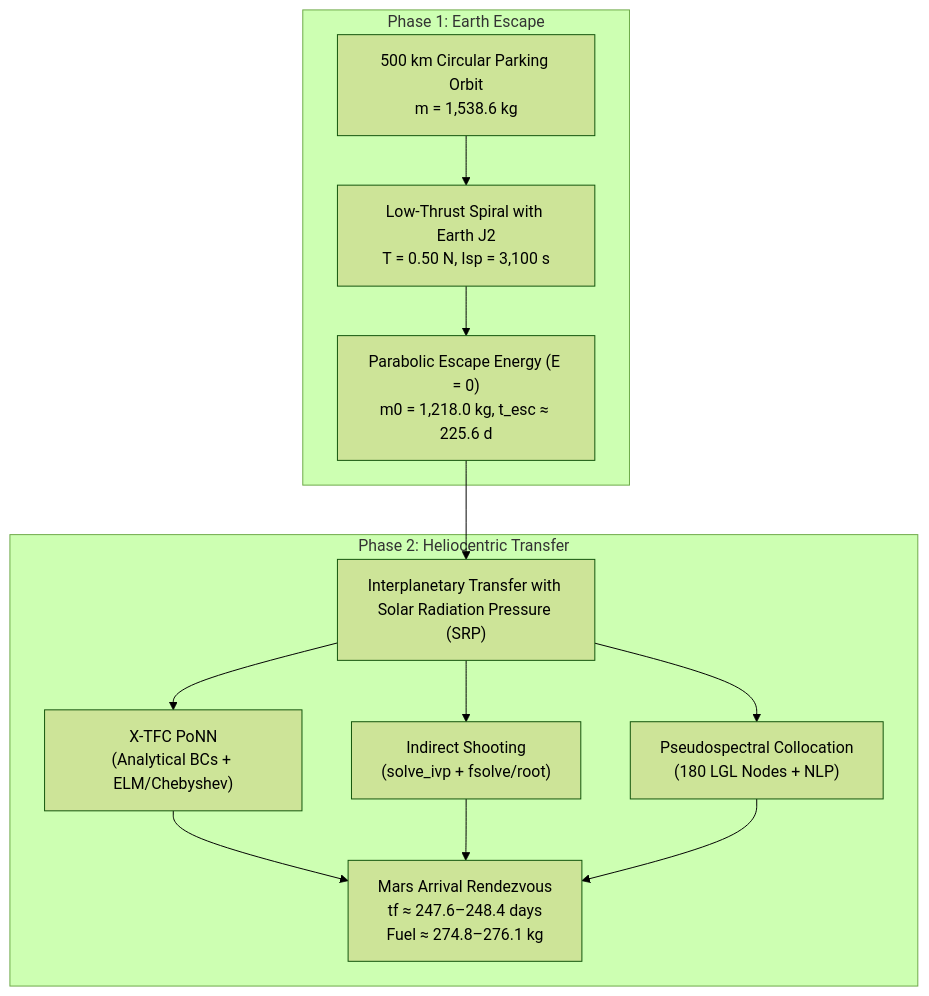
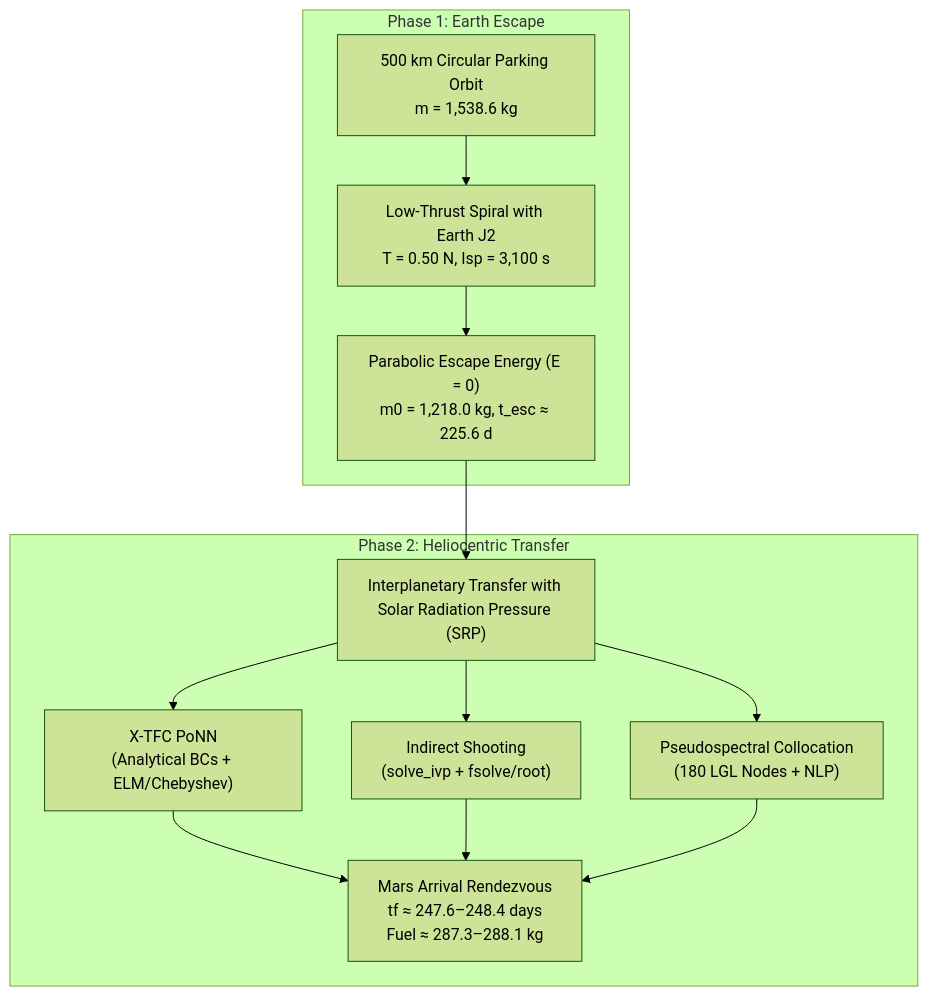
One commit to Nirbaan13/XTFC-PoNN---Trajectory-Optimization changed the diagram in README.md. Above: the diagram before and after it, drawn with Mermaid (forest theme). The commit also changed other lines of this file and 15 other files, not shown here.

````diff
--- a/README.md
+++ b/README.md
@@ -47,16 +47,16 @@
 ```mermaid
 flowchart TD
     subgraph Phase 1: Earth Escape
         A["500 km Circular Parking Orbit<br>m = 1,538.6 kg"] --> B["Low-Thrust Spiral with Earth J2<br>T = 0.50 N, Isp = 3,100 s"]
         B --> C["Parabolic Escape Energy (E = 0)<br>m0 = 1,218.0 kg, t_esc ≈ 225.6 d"]
     end
     subgraph Phase 2: Heliocentric Transfer
         C --> D["Interplanetary Transfer with Solar Radiation Pressure (SRP)"]
         D --> E1["X-TFC PoNN<br>(Analytical BCs + ELM/Chebyshev)"]
         D --> E2["Indirect Shooting<br>(solve_ivp + fsolve/root)"]
         D --> E3["Pseudospectral Collocation<br>(180 LGL Nodes + NLP)"]
-        E1 --> F["Mars Arrival Rendezvous<br>tf ≈ 247.6–248.4 days<br>Fuel ≈ 274.8–276.1 kg"]
+        E1 --> F["Mars Arrival Rendezvous<br>tf ≈ 247.6–248.4 days<br>Fuel ≈ 287.3–288.1 kg"]
         E2 --> F
         E3 --> F
     end
 ```
````
